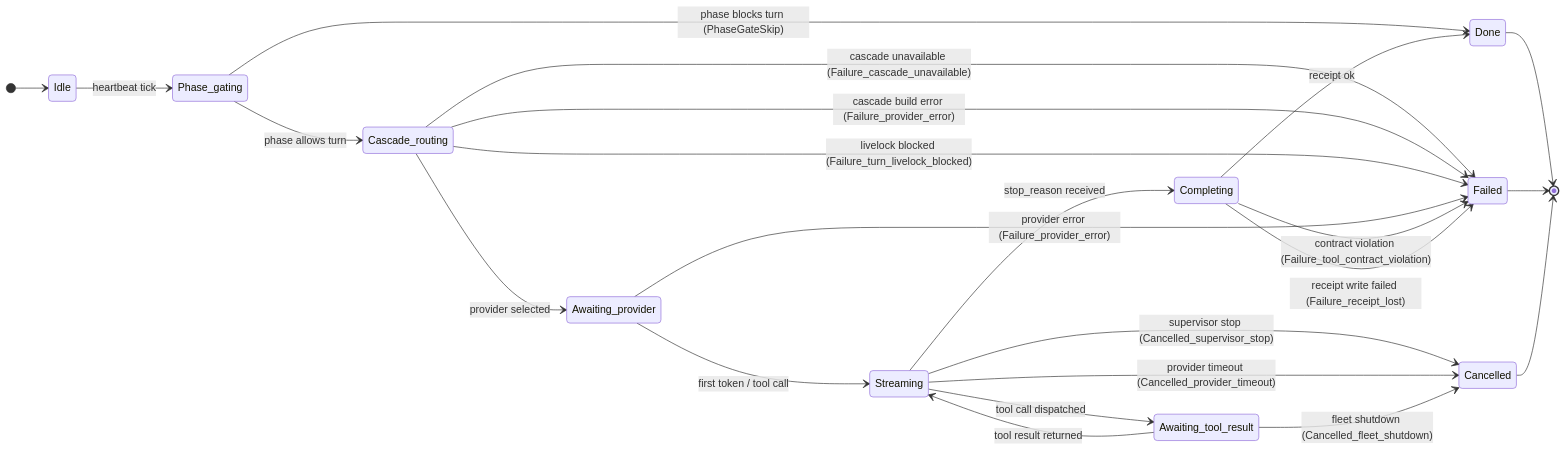
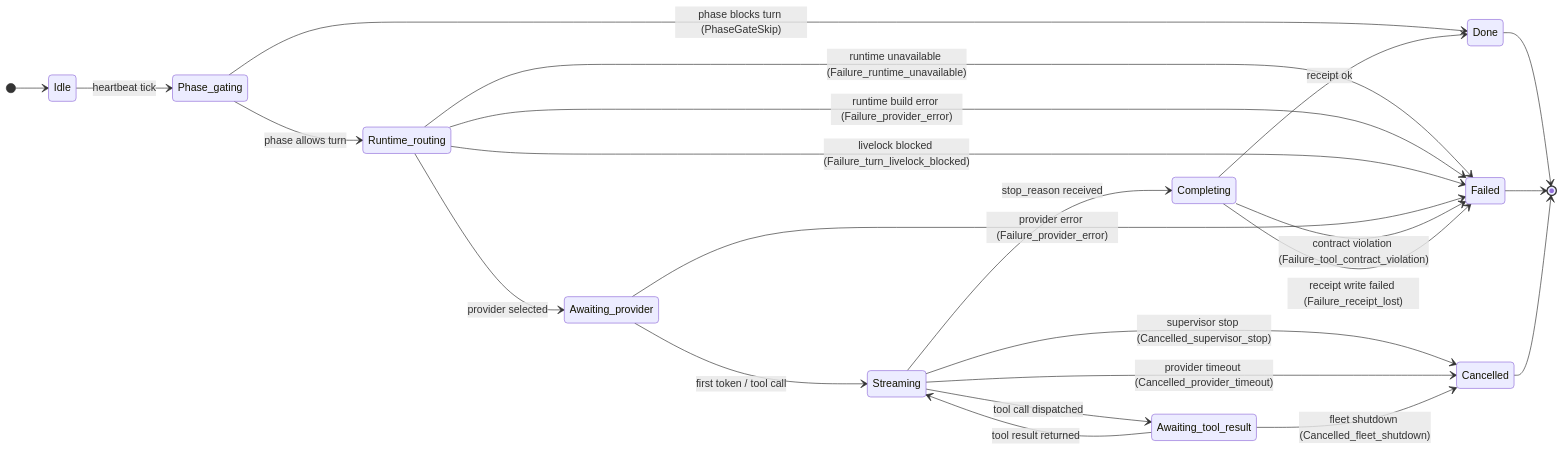
The fifth of 5 diagrams in docs/keeper-turn-lifecycle.md (jeong-sik/masc), drawn with Mermaid before and after one commit. The commit also changed other lines of this file and 1195 other files, not shown here.

````diff
--- a/docs/keeper-turn-lifecycle.md
+++ b/docs/keeper-turn-lifecycle.md
@@ -200,26 +200,26 @@
 ```mermaid
 stateDiagram-v2
     direction LR
     [*] --> Idle
     Idle --> Phase_gating: heartbeat tick
     Phase_gating --> Done: phase blocks turn (PhaseGateSkip)
-    Phase_gating --> Cascade_routing: phase allows turn
-    Cascade_routing --> Failed: cascade unavailable (Failure_cascade_unavailable)
-    Cascade_routing --> Failed: cascade build error (Failure_provider_error)
-    Cascade_routing --> Failed: livelock blocked (Failure_turn_livelock_blocked)
-    Cascade_routing --> Awaiting_provider: provider selected
+    Phase_gating --> Runtime_routing: phase allows turn
+    Runtime_routing --> Failed: runtime unavailable (Failure_runtime_unavailable)
+    Runtime_routing --> Failed: runtime build error (Failure_provider_error)
+    Runtime_routing --> Failed: livelock blocked (Failure_turn_livelock_blocked)
+    Runtime_routing --> Awaiting_provider: provider selected
     Awaiting_provider --> Streaming: first token / tool call
     Awaiting_provider --> Failed: provider error (Failure_provider_error)
     Streaming --> Awaiting_tool_result: tool call dispatched
     Awaiting_tool_result --> Streaming: tool result returned
     Streaming --> Completing: stop_reason received
     Completing --> Done: receipt ok
     Completing --> Failed: contract violation (Failure_tool_contract_violation)
     Completing --> Failed: receipt write failed (Failure_receipt_lost)
     Streaming --> Cancelled: supervisor stop (Cancelled_supervisor_stop)
     Streaming --> Cancelled: provider timeout (Cancelled_provider_timeout)
     Awaiting_tool_result --> Cancelled: fleet shutdown (Cancelled_fleet_shutdown)
     Done --> [*]
     Failed --> [*]
     Cancelled --> [*]
 ```
````
